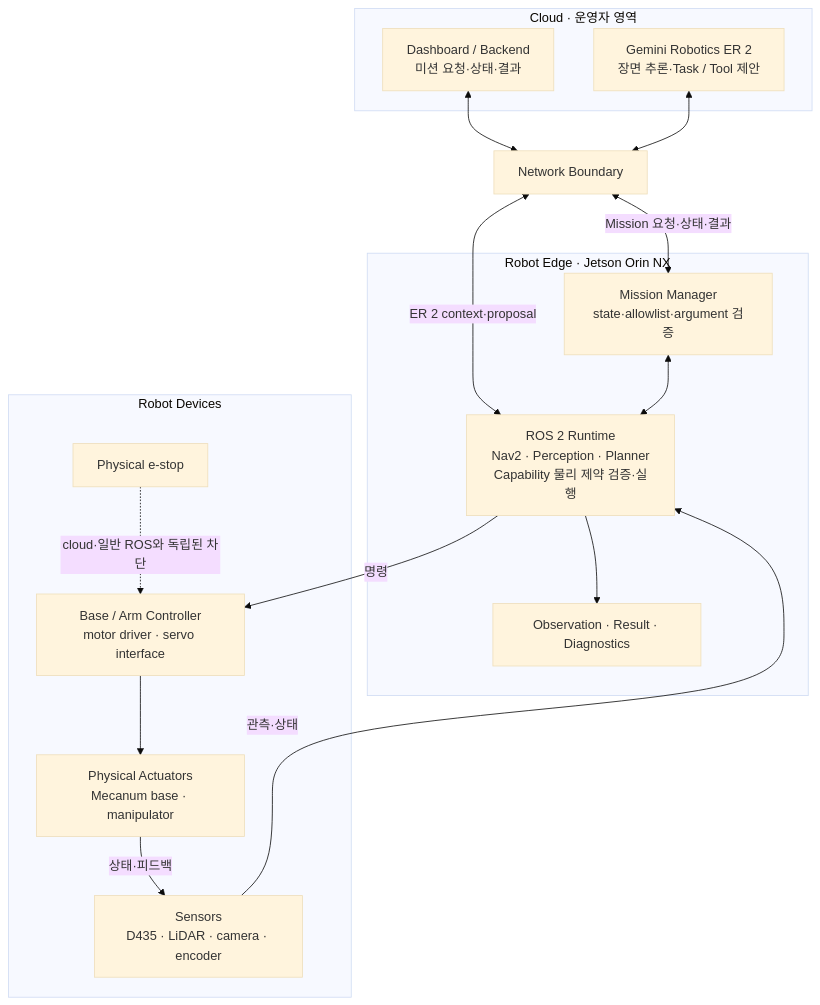
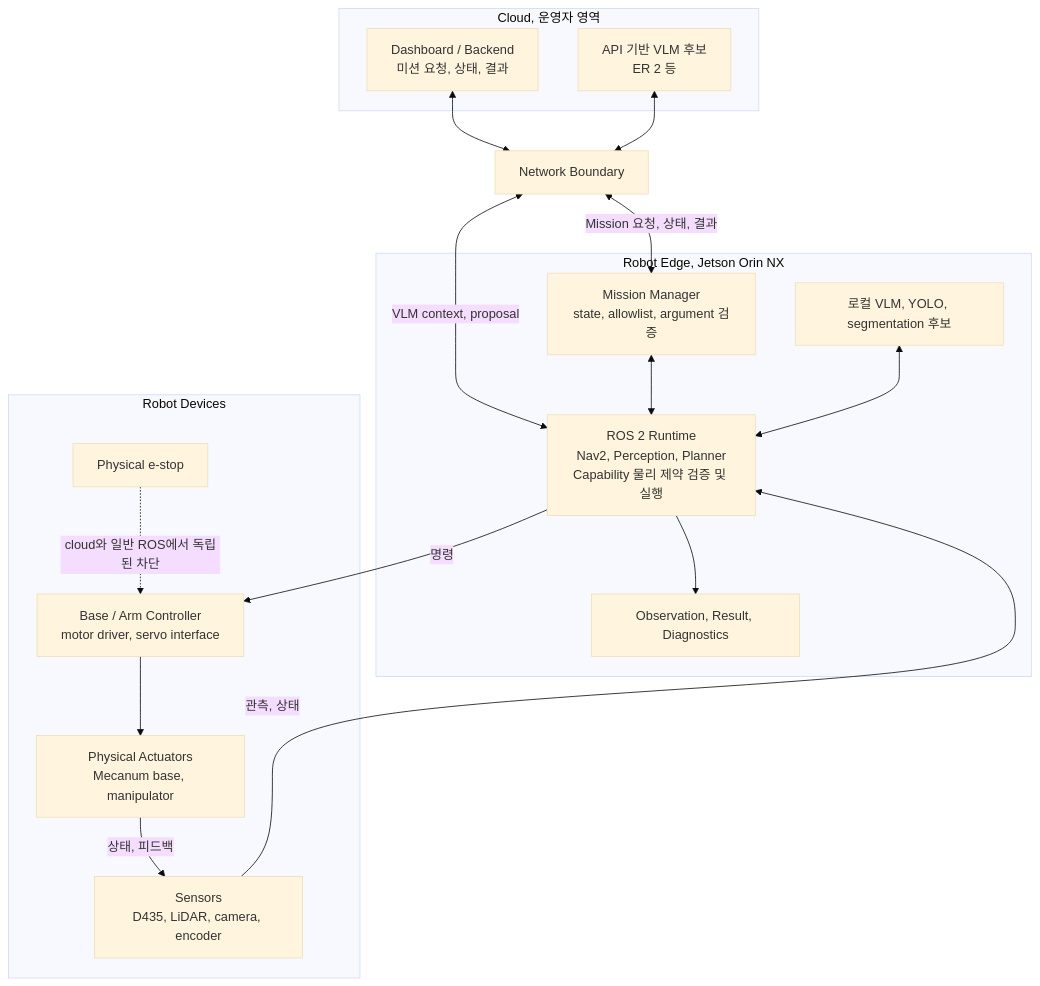
One commit to asm17-moving-agent/cleany-docs changed the diagram in 20_TECHNICAL/06 - Edge Runtime Jetson Orin.md. Above: the diagram before and after it, drawn with Mermaid (base theme). The commit also changed other lines of this file and 53 other files, not shown here.

````diff
--- a/20_TECHNICAL/06 - Edge Runtime Jetson Orin.md
+++ b/20_TECHNICAL/06 - Edge Runtime Jetson Orin.md
@@ -19,33 +11,35 @@
 ```mermaid
 flowchart TB
-    subgraph cloud["Cloud · 운영자 영역"]
-        dashboard["Dashboard / Backend<br/>미션 요청·상태·결과"]
-        er2["Gemini Robotics ER 2<br/>장면 추론·Task / Tool 제안"]
+    subgraph cloud["Cloud, 운영자 영역"]
+        dashboard["Dashboard / Backend<br/>미션 요청, 상태, 결과"]
+        api_vlm["API 기반 VLM 후보<br/>ER 2 등"]
     end
 
     network["Network Boundary"]
 
-    subgraph edge["Robot Edge · Jetson Orin NX"]
-        mission["Mission Manager<br/>state·allowlist·argument 검증"]
-        ros["ROS 2 Runtime<br/>Nav2 · Perception · Planner<br/>Capability 물리 제약 검증·실행"]
-        logs["Observation · Result · Diagnostics"]
+    subgraph edge["Robot Edge, Jetson Orin NX"]
+        mission["Mission Manager<br/>state, allowlist, argument 검증"]
+        local_ai["로컬 VLM, YOLO, segmentation 후보"]
+        ros["ROS 2 Runtime<br/>Nav2, Perception, Planner<br/>Capability 물리 제약 검증 및 실행"]
+        logs["Observation, Result, Diagnostics"]
     end
 
     subgraph devices["Robot Devices"]
-        sensors["Sensors<br/>D435 · LiDAR · camera · encoder"]
-        controllers["Base / Arm Controller<br/>motor driver · servo interface"]
-        actuators["Physical Actuators<br/>Mecanum base · manipulator"]
+        sensors["Sensors<br/>D435, LiDAR, camera, encoder"]
+        controllers["Base / Arm Controller<br/>motor driver, servo interface"]
+        actuators["Physical Actuators<br/>Mecanum base, manipulator"]
         estop["Physical e-stop"]
     end
 
     dashboard <--> network
-    er2 <--> network
-    network <-->|Mission 요청·상태·결과| mission
-    network <-->|ER 2 context·proposal| ros
+    api_vlm <--> network
+    network <-->|Mission 요청, 상태, 결과| mission
+    network <-->|VLM context, proposal| ros
     mission <--> ros
-    sensors -->|관측·상태| ros
+    local_ai <--> ros
+    sensors -->|관측, 상태| ros
     ros --> logs
     ros -->|명령| controllers --> actuators
-    actuators -->|상태·피드백| sensors
-    estop -.->|cloud·일반 ROS와 독립된 차단| controllers
+    actuators -->|상태, 피드백| sensors
+    estop -.->|cloud와 일반 ROS에서 독립된 차단| controllers
 ```
````
